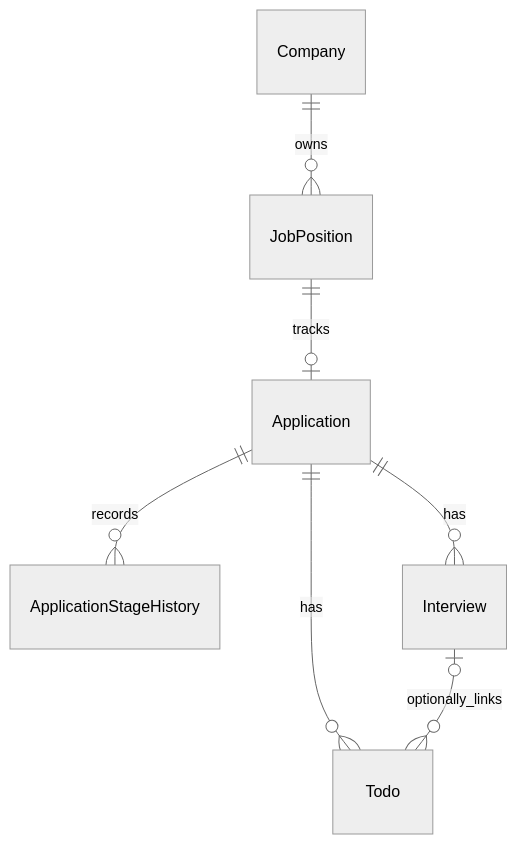
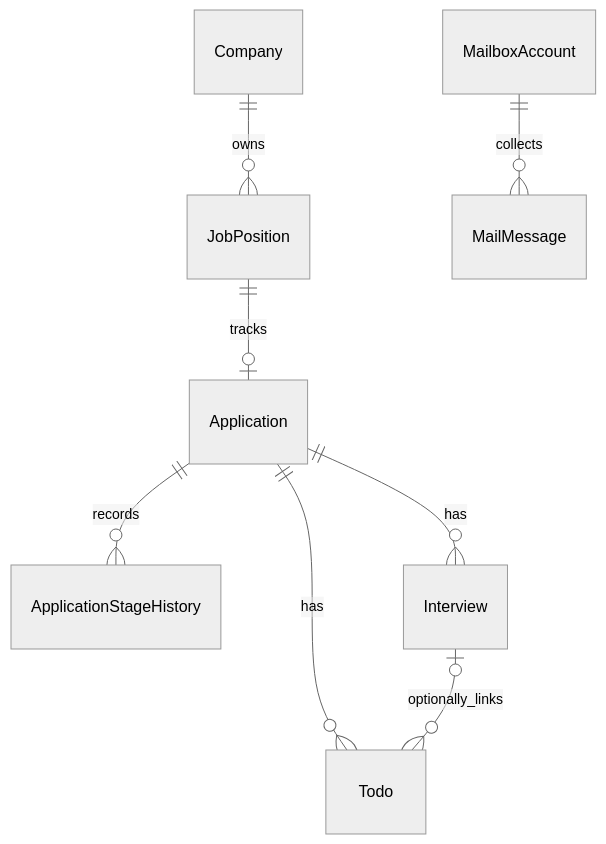
The diagram in docs/database.md (Ysuestc/OfferFlow), drawn with Mermaid (neutral theme) before and after one commit. The commit also changed other lines of this file and 45 other files, not shown here.

````diff
--- a/docs/database.md
+++ b/docs/database.md
@@ -7,9 +7,10 @@
 ```mermaid
 erDiagram
     Company ||--o{ JobPosition : owns
     JobPosition ||--o| Application : tracks
     Application ||--o{ ApplicationStageHistory : records
     Application ||--o{ Interview : has
     Application ||--o{ Todo : has
     Interview o|--o{ Todo : optionally_links
+    MailboxAccount ||--o{ MailMessage : collects
 ```
````
